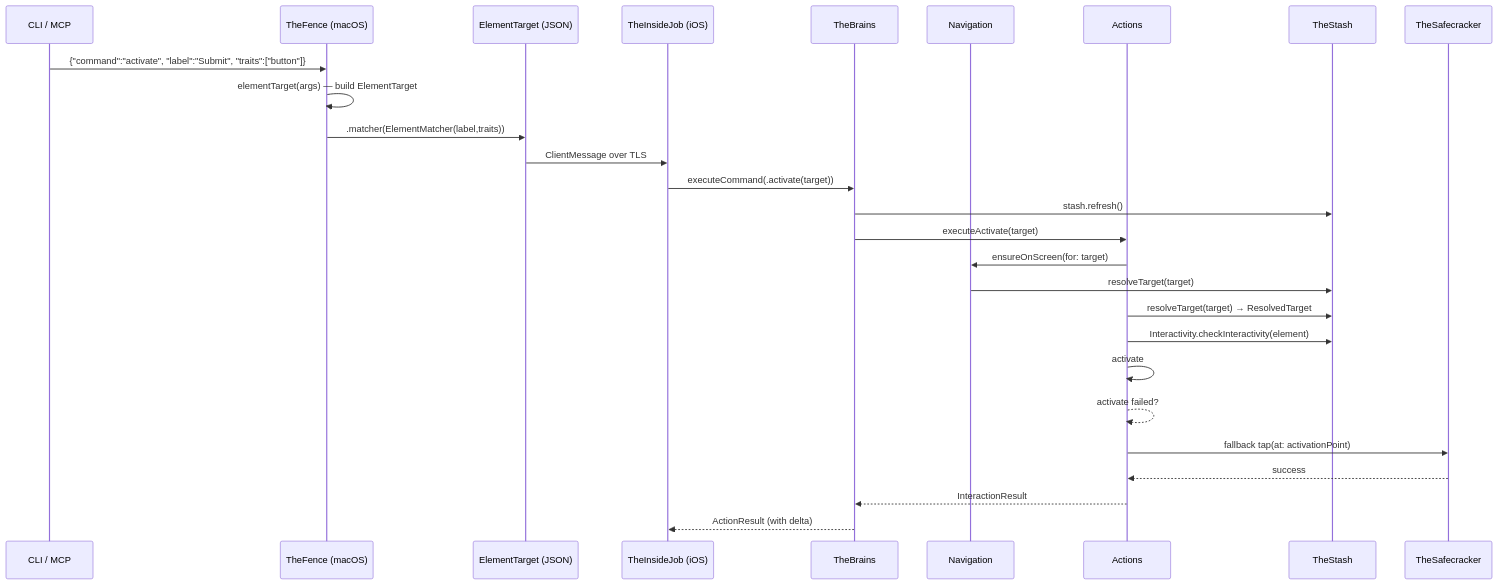
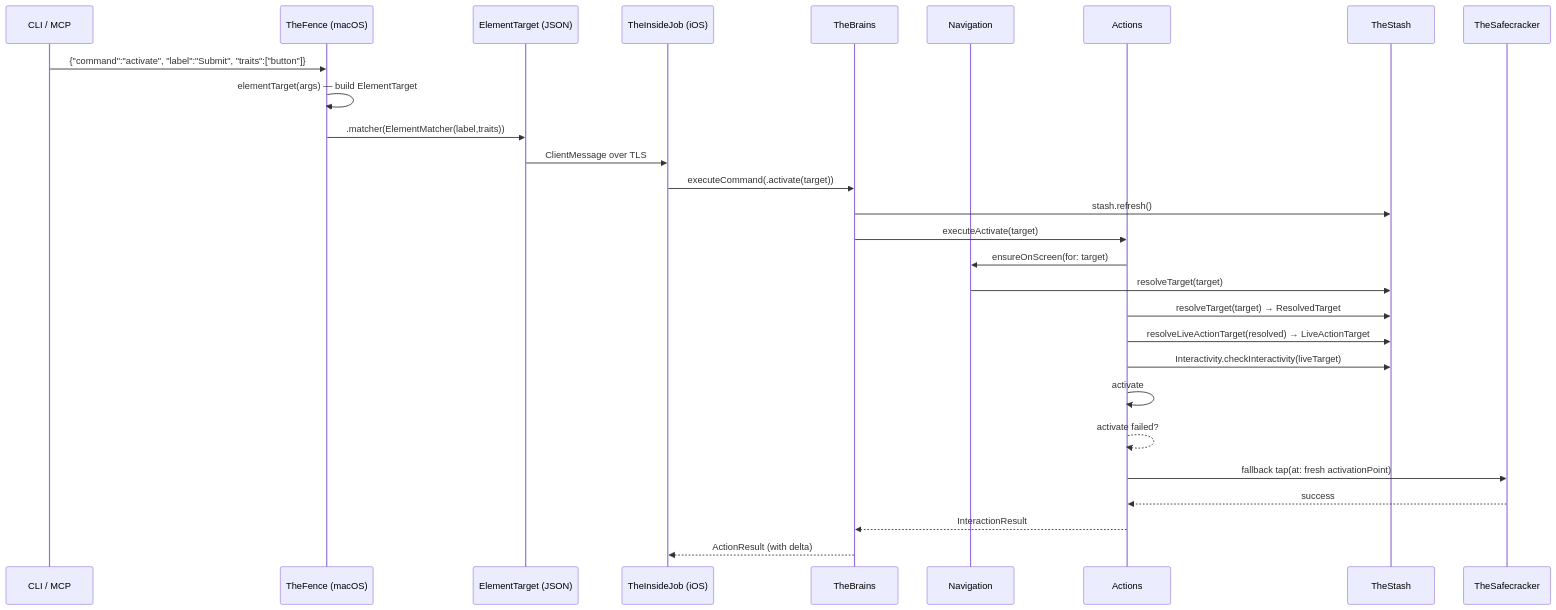
The first of 2 diagrams in docs/dossiers/12-UNIFIED-TARGETING.md (RoyalPineapple/TheButtonHeist), drawn with Mermaid before and after one commit. The commit also changed other lines of this file and 50 other files, not shown here.

````diff
--- a/docs/dossiers/12-UNIFIED-TARGETING.md
+++ b/docs/dossiers/12-UNIFIED-TARGETING.md
@@ -28,30 +39,31 @@
 ```mermaid
 sequenceDiagram
     participant Caller as CLI / MCP
     participant TF as TheFence (macOS)
     participant Wire as ElementTarget (JSON)
     participant IJ as TheInsideJob (iOS)
     participant TB as TheBrains
     participant NAV as Navigation
     participant ACT as Actions
     participant ST as TheStash
     participant TS as TheSafecracker
 
     Caller->>TF: {"command":"activate", "label":"Submit", "traits":["button"]}
     TF->>TF: elementTarget(args) — build ElementTarget
     TF->>Wire: .matcher(ElementMatcher(label,traits))
     Wire->>IJ: ClientMessage over TLS
     IJ->>TB: executeCommand(.activate(target))
     TB->>ST: stash.refresh()
     TB->>ACT: executeActivate(target)
     ACT->>NAV: ensureOnScreen(for: target)
     NAV->>ST: resolveTarget(target)
     ACT->>ST: resolveTarget(target) → ResolvedTarget
-    ACT->>ST: Interactivity.checkInteractivity(element)
+    ACT->>ST: resolveLiveActionTarget(resolved) → LiveActionTarget
+    ACT->>ST: Interactivity.checkInteractivity(liveTarget)
     ACT->>ACT: activate
     ACT-->>ACT: activate failed?
-    ACT->>TS: fallback tap(at: activationPoint)
+    ACT->>TS: fallback tap(at: fresh activationPoint)
     TS-->>ACT: success
     ACT-->>TB: InteractionResult
     TB-->>IJ: ActionResult (with delta)
 ```
````
